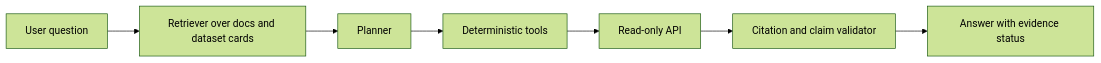
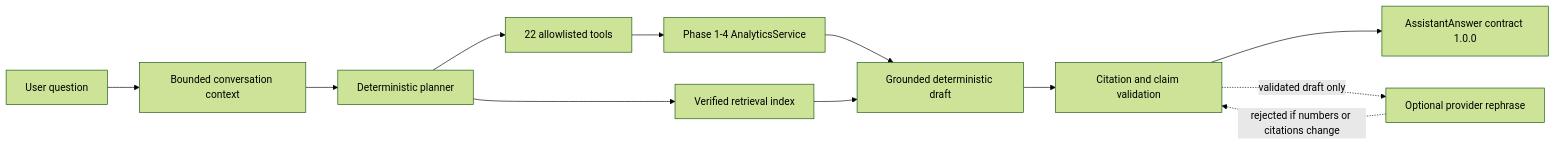
Before and after one commit to YoussefHegazy74/flame-in-freefall: the fourth of 4 diagrams in PROJECT_ARCHITECTURE.md, drawn with Mermaid (forest theme). The commit also changed other lines of this file and 14 other files, not shown here.

Commit message:
docs(assistant): complete Phase 5 documentation and release

````diff
--- a/PROJECT_ARCHITECTURE.md
+++ b/PROJECT_ARCHITECTURE.md
@@ -467,16 +473,24 @@
 ```mermaid
 flowchart LR
     Q[User question]
-    R[Retriever over docs and dataset cards]
-    P[Planner]
-    T[Deterministic tools]
-    API[Read-only API]
-    V[Citation and claim validator]
-    A[Answer with evidence status]
-    Q --> R
-    R --> P
+    C[Bounded conversation context]
+    P[Deterministic planner]
+    T[22 allowlisted tools]
+    S[Phase 1-4 AnalyticsService]
+    R[Verified retrieval index]
+    D[Grounded deterministic draft]
+    V[Citation and claim validation]
+    L[Optional provider rephrase]
+    A[AssistantAnswer contract 1.0.0]
+    Q --> C
+    C --> P
     P --> T
-    T --> API
-    API --> V
+    T --> S
+    P --> R
+    S --> D
+    R --> D
+    D --> V
     V --> A
+    V -. validated draft only .-> L
+    L -. rejected if numbers or citations change .-> V
 ```
````
